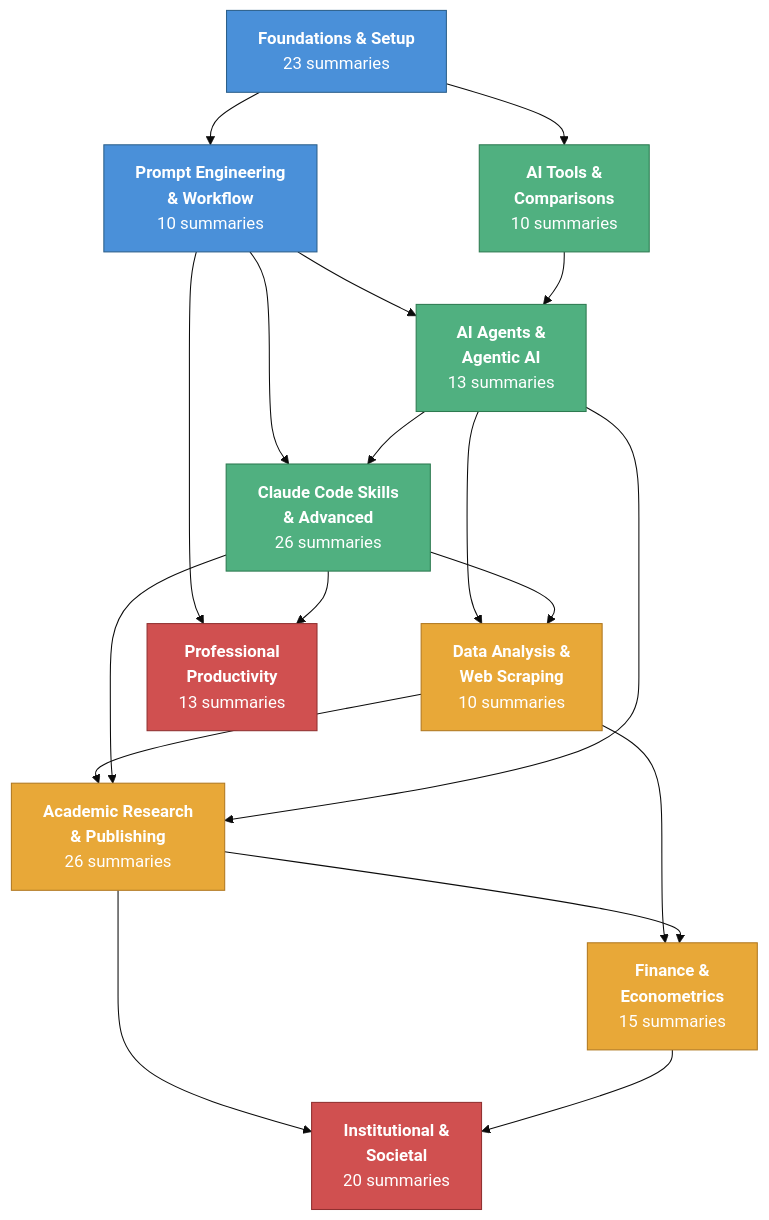
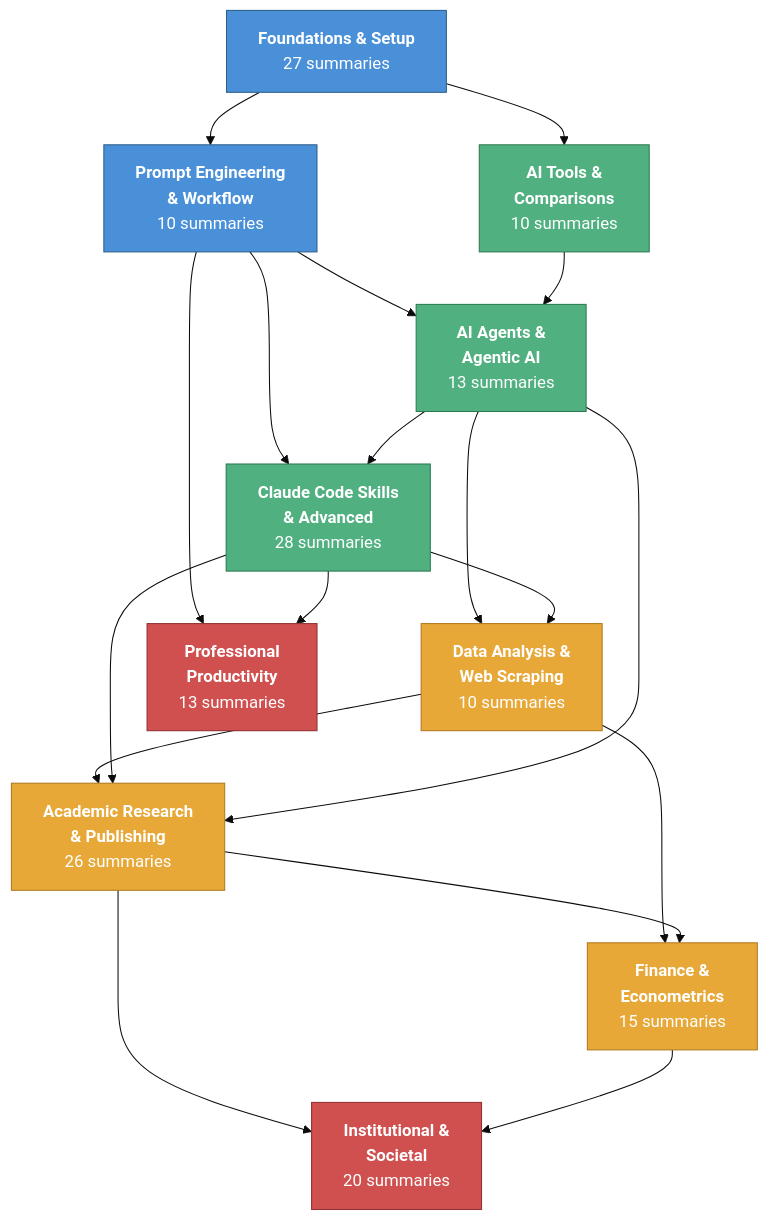
The diagram in wiki/visualizations/category-map.md (velikov-mihail/ai-econ-wiki), drawn with Mermaid (base theme) before and after one commit. The commit also changed 1 other file, not shown here.

Commit message:
Refresh derived pages for new ingests

````diff
--- a/wiki/visualizations/category-map.md
+++ b/wiki/visualizations/category-map.md
@@ -11,49 +11,49 @@
 ```mermaid
 graph TD
-    FS["<b>Foundations & Setup</b><br/>23 summaries"]
+    FS["<b>Foundations & Setup</b><br/>27 summaries"]
     PE["<b>Prompt Engineering<br/>& Workflow</b><br/>10 summaries"]
     AG["<b>AI Agents &<br/>Agentic AI</b><br/>13 summaries"]
-    CS["<b>Claude Code Skills<br/>& Advanced</b><br/>26 summaries"]
+    CS["<b>Claude Code Skills<br/>& Advanced</b><br/>28 summaries"]
     DA["<b>Data Analysis &<br/>Web Scraping</b><br/>10 summaries"]
     AR["<b>Academic Research<br/>& Publishing</b><br/>26 summaries"]
     FE["<b>Finance &<br/>Econometrics</b><br/>15 summaries"]
     AT["<b>AI Tools &<br/>Comparisons</b><br/>10 summaries"]
     IS["<b>Institutional &<br/>Societal</b><br/>20 summaries"]
     PP["<b>Professional<br/>Productivity</b><br/>13 summaries"]
 
     %% Foundational layer
     FS --> PE
     FS --> AT
     PE --> AG
     PE --> CS
 
     %% Technical layer
     AG --> CS
     AG --> DA
     CS --> DA
     AT --> AG
 
     %% Applied layer
     DA --> AR
     DA --> FE
     AR --> FE
     CS --> AR
     AG --> AR
 
     %% Productivity & big picture
     PE --> PP
     CS --> PP
     AR --> IS
     FE --> IS
 
     %% Styling
     classDef foundation fill:#4a90d9,stroke:#2c5f8a,color:#fff
     classDef technical fill:#50b080,stroke:#2d7a50,color:#fff
     classDef applied fill:#e8a838,stroke:#b07820,color:#fff
     classDef bigpicture fill:#d05050,stroke:#903030,color:#fff
 
     class FS,PE foundation
     class AG,CS,AT technical
     class DA,AR,FE applied
     class IS,PP bigpicture
 ```
````
